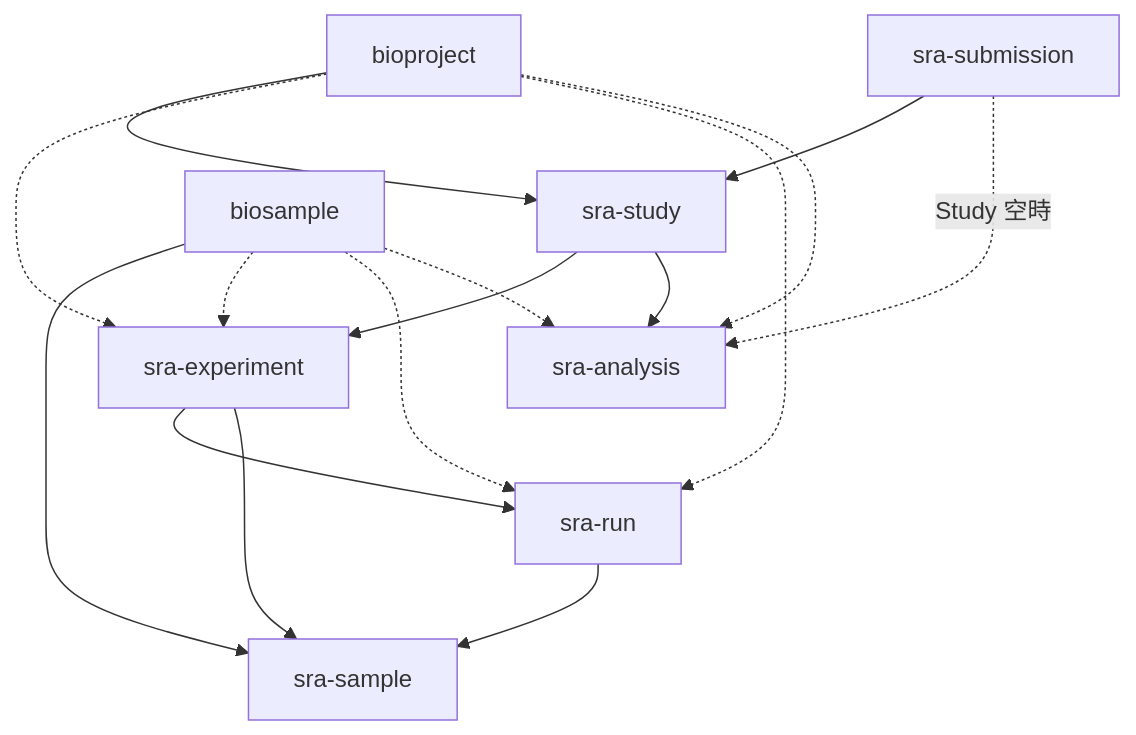
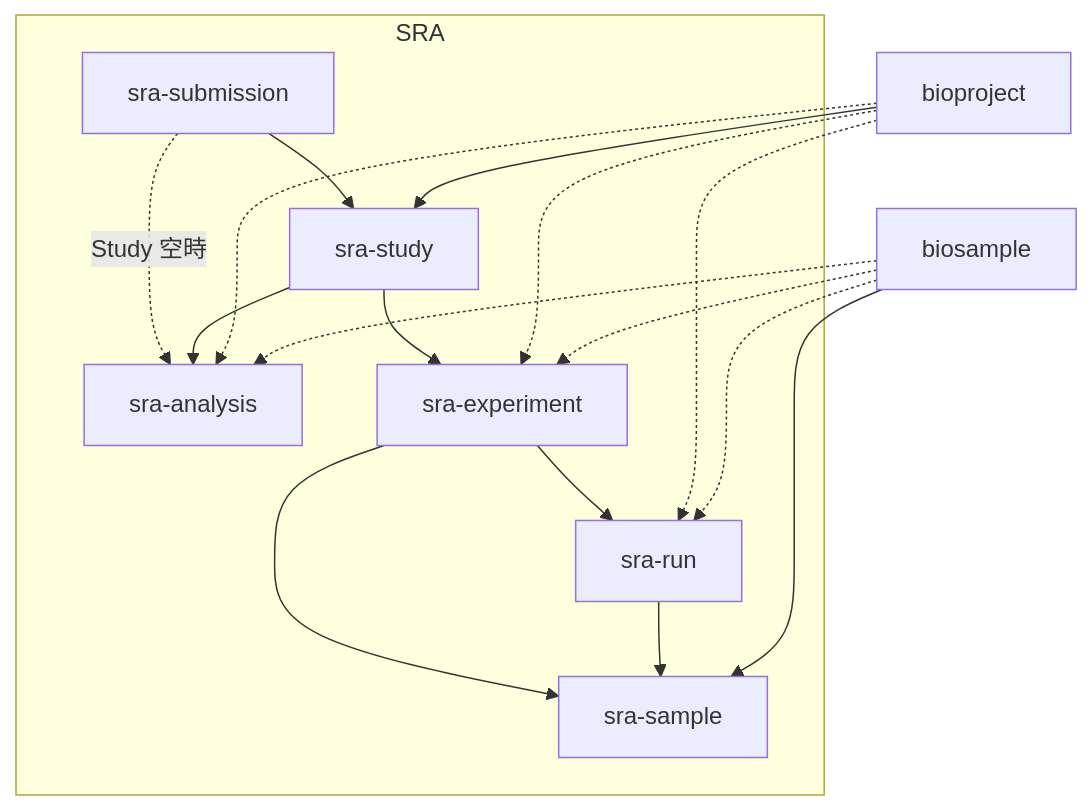
One commit to ddbj/record-idm changed the third of 5 diagrams in docs/relations.md. Above: the diagram before and after it, drawn with Mermaid. The commit also changed other lines of this file and 4 other files, not shown here.

Commit message:
Add related repository link to README, resolve open TODOs in record-status and data-model, restructure relations diagrams, and remove dblink references from edge tables

````diff
--- a/docs/relations.md
+++ b/docs/relations.md
@@ -93,20 +90,25 @@
 ```mermaid
 graph TD
-    BP[bioproject] --> DRP[sra-study]
-    BP -.-> DRX[sra-experiment]
-    BP -.-> DRR[sra-run]
-    BP -.-> DRZ[sra-analysis]
+    BP[bioproject]
+    BS[biosample]
 
-    BS[biosample] --> DRS[sra-sample]
+    subgraph SRA
+        DRA[sra-submission] --> DRP[sra-study]
+        DRA -.->|Study 空時| DRZ[sra-analysis]
+        DRP --> DRX[sra-experiment]
+        DRP --> DRZ
+        DRX --> DRR[sra-run]
+        DRX --> DRS[sra-sample]
+        DRR --> DRS
+    end
+
+    BP --> DRP
+    BS --> DRS
+
+    BP -.-> DRX
+    BP -.-> DRR
+    BP -.-> DRZ
     BS -.-> DRX
     BS -.-> DRR
     BS -.-> DRZ
-
-    DRA[sra-submission] --> DRP
-    DRA -.->|Study 空時| DRZ
-    DRP --> DRX
-    DRP --> DRZ
-    DRX --> DRR
-    DRX --> DRS
-    DRR --> DRS
 ```
````
